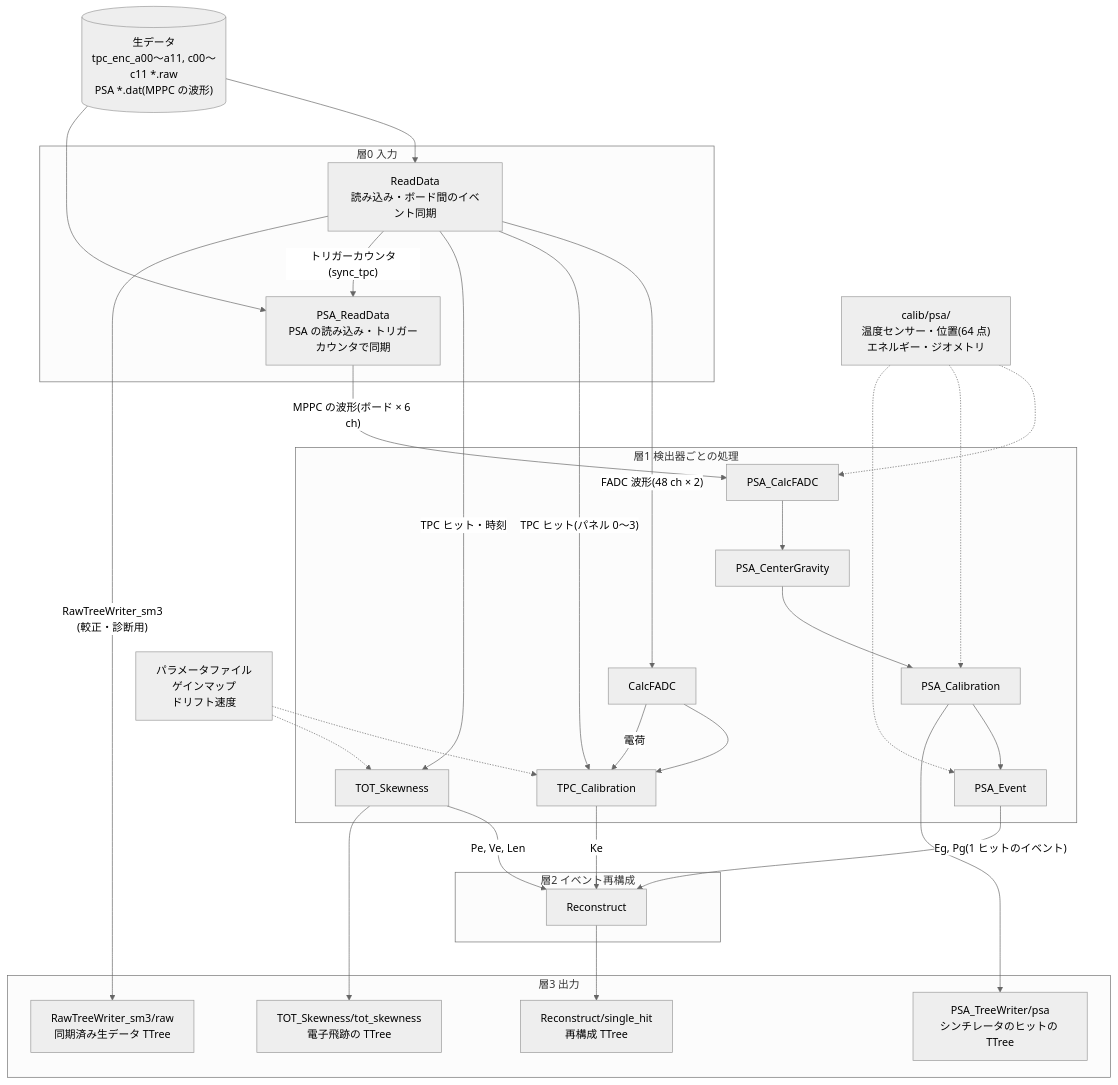
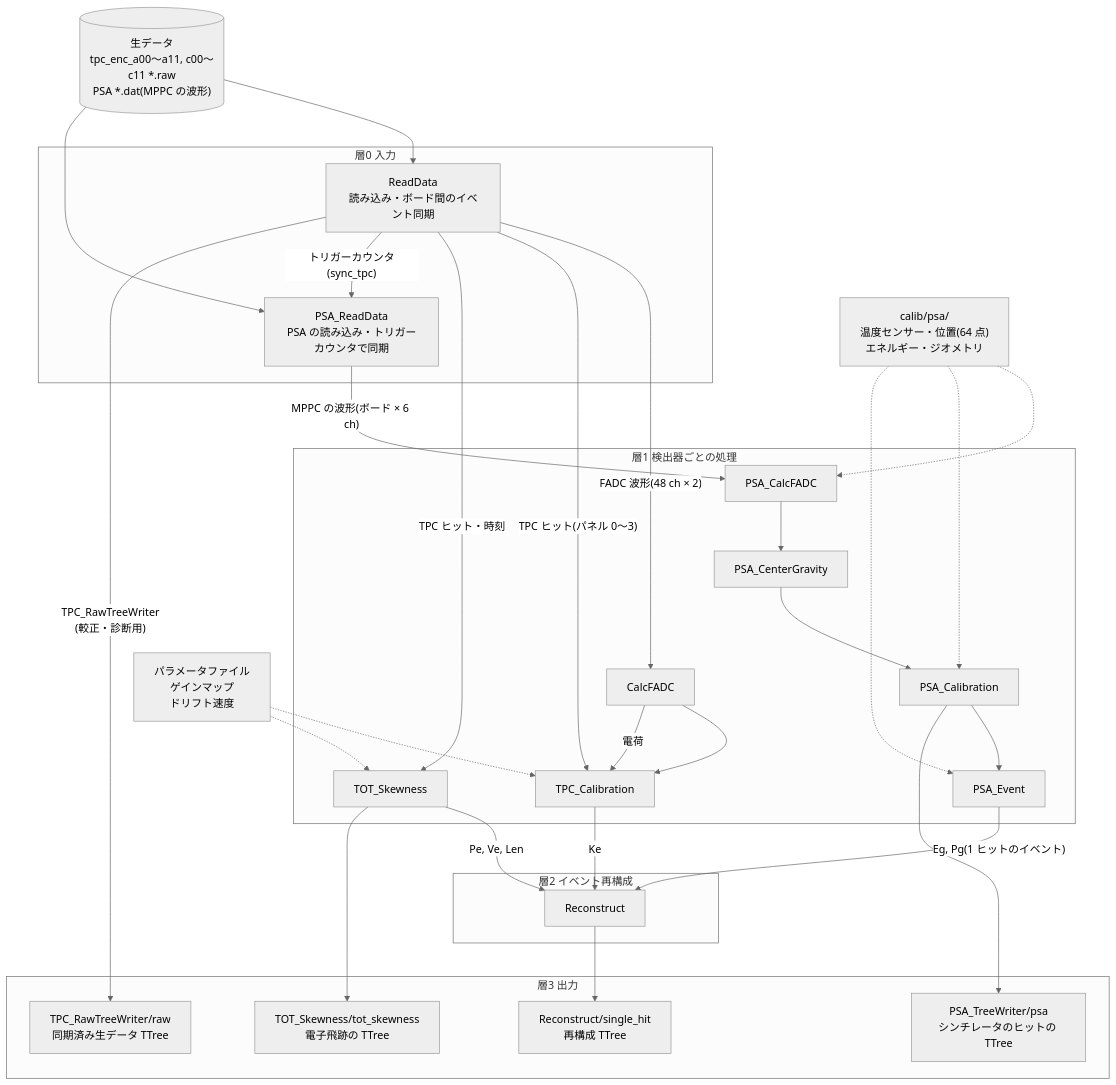
Before and after one commit to SMILE-tool-box/EricaNext: the second of 2 diagrams in README.md, drawn with Mermaid (neutral theme). The commit also changed other lines of this file and 27 other files, not shown here.

Commit message:
Rename SMILE-3 TPC raw writer and retain legacy ROOT input support

````diff
--- a/README.md
+++ b/README.md
@@ -86,46 +86,46 @@
 ```mermaid
 flowchart TD
   RAW[("生データ<br>tpc_enc_a00〜a11, c00〜c11 *.raw<br>PSA *.dat(MPPC の波形)")]
   subgraph L0["層0 入力"]
     RD["ReadData<br>読み込み・ボード間のイベント同期"]
     PRD["PSA_ReadData<br>PSA の読み込み・トリガーカウンタで同期"]
   end
   subgraph L1["層1 検出器ごとの処理"]
     CF[CalcFADC] --> TC[TPC_Calibration]
     TOT[TOT_Skewness]
     PCF[PSA_CalcFADC] --> PCG[PSA_CenterGravity] --> PCAL[PSA_Calibration] --> PEV[PSA_Event]
   end
   subgraph L2["層2 イベント再構成"]
     REC[Reconstruct]
   end
   subgraph L3["層3 出力"]
     OUT["Reconstruct/single_hit<br>再構成 TTree"]
     TOTT["TOT_Skewness/tot_skewness<br>電子飛跡の TTree"]
-    RAWT["RawTreeWriter_sm3/raw<br>同期済み生データ TTree"]
+    RAWT["TPC_RawTreeWriter/raw<br>同期済み生データ TTree"]
     PSAT["PSA_TreeWriter/psa<br>シンチレータのヒットの TTree"]
   end
   PRM["パラメータファイル<br>ゲインマップ<br>ドリフト速度"]
   PPRM["calib/psa/<br>温度センサー・位置(64 点)<br>エネルギー・ジオメトリ"]
 
   RAW --> RD
   RAW --> PRD
   PRM -.-> TC
   PRM -.-> TOT
   PPRM -.-> PCF
   PPRM -.-> PCAL
   PPRM -.-> PEV
   RD -- "FADC 波形(48 ch × 2)" --> CF
   RD -- "TPC ヒット(パネル 0〜3)" --> TC
   RD -- "TPC ヒット・時刻" --> TOT
   RD -- "トリガーカウンタ(sync_tpc)" --> PRD
   PRD -- "MPPC の波形(ボード × 6 ch)" --> PCF
   CF -- "電荷" --> TC
   TC -- "Ke" --> REC
   PEV -- "Eg, Pg(1 ヒットのイベント)" --> REC
   PCAL --> PSAT
   TOT -- "Pe, Ve, Len" --> REC
   REC --> OUT
   TOT --> TOTT
-  RD -- "RawTreeWriter_sm3<br>(較正・診断用)" --> RAWT
+  RD -- "TPC_RawTreeWriter<br>(較正・診断用)" --> RAWT
 
 ```
````
